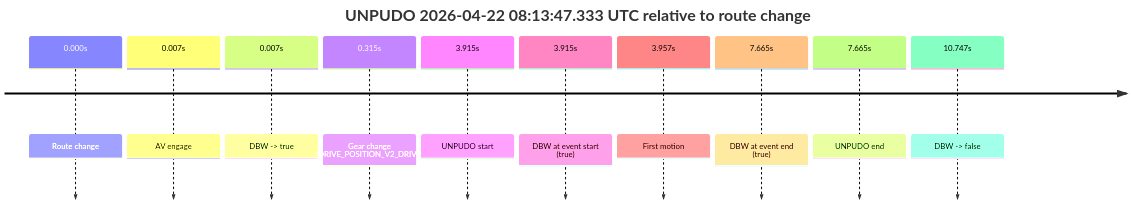
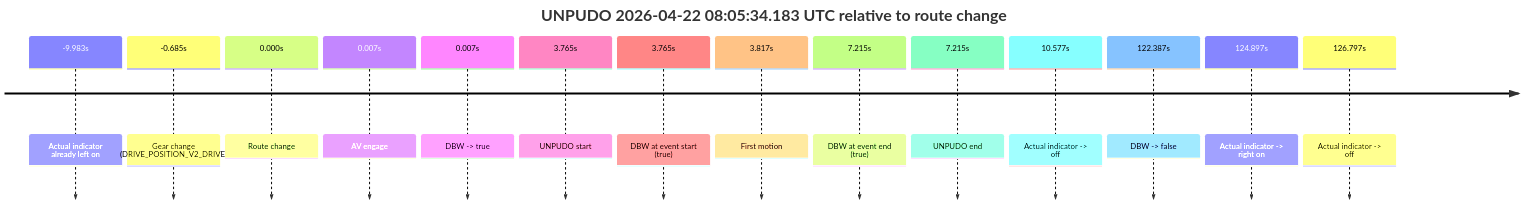
The ninth of 9 diagrams in model_analysis/report_cards/2026/04/Week-4/fme20036--2026-04-22--06-33-19--gen2-av-a5ab6b59-04e9-48b8-ab1d-b3db64f8f137.md (yoelshapiro/vault), drawn with Mermaid before and after one commit. The commit also changed other lines of this file and 17 other files, not shown here.

````diff
--- a/model_analysis/report_cards/2026/04/Week-4/fme20036--2026-04-22--06-33-19--gen2-av-a5ab6b59-04e9-48b8-ab1d-b3db64f8f137.md
+++ b/model_analysis/report_cards/2026/04/Week-4/fme20036--2026-04-22--06-33-19--gen2-av-a5ab6b59-04e9-48b8-ab1d-b3db64f8f137.md
@@ -854,14 +785,18 @@
 ```mermaid
 timeline
-    title UNPUDO 2026-04-22 08:13:47.333 UTC relative to route change
+    title UNPUDO 2026-04-22 08:05:34.183 UTC relative to route change
+    -9.983s : Actual indicator already left on
+    -0.685s : Gear change (DRIVE_POSITION_V2_DRIVE)
     0.000s : Route change
     0.007s : AV engage
     0.007s : DBW -> true
-    0.315s : Gear change (DRIVE_POSITION_V2_DRIVE)
-    3.915s : UNPUDO start
-    3.915s : DBW at event start (true)
-    3.957s : First motion
-    7.665s : DBW at event end (true)
-    7.665s : UNPUDO end
-    10.747s : DBW -> false
+    3.765s : UNPUDO start
+    3.765s : DBW at event start (true)
+    3.817s : First motion
+    7.215s : DBW at event end (true)
+    7.215s : UNPUDO end
+    10.577s : Actual indicator -> off
+    122.387s : DBW -> false
+    124.897s : Actual indicator -> right on
+    126.797s : Actual indicator -> off
 ```
````
